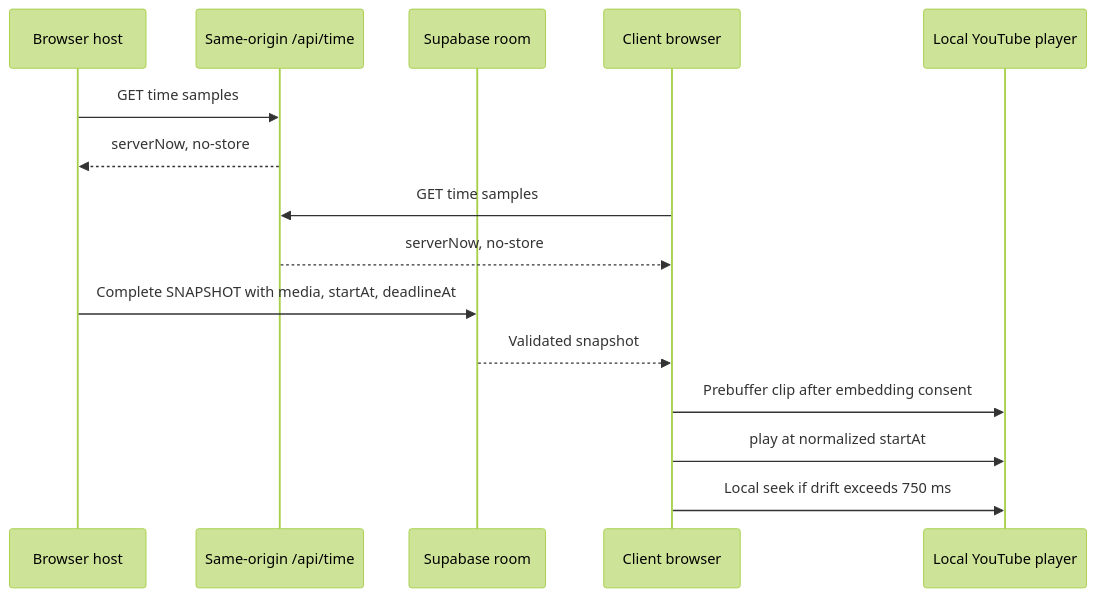
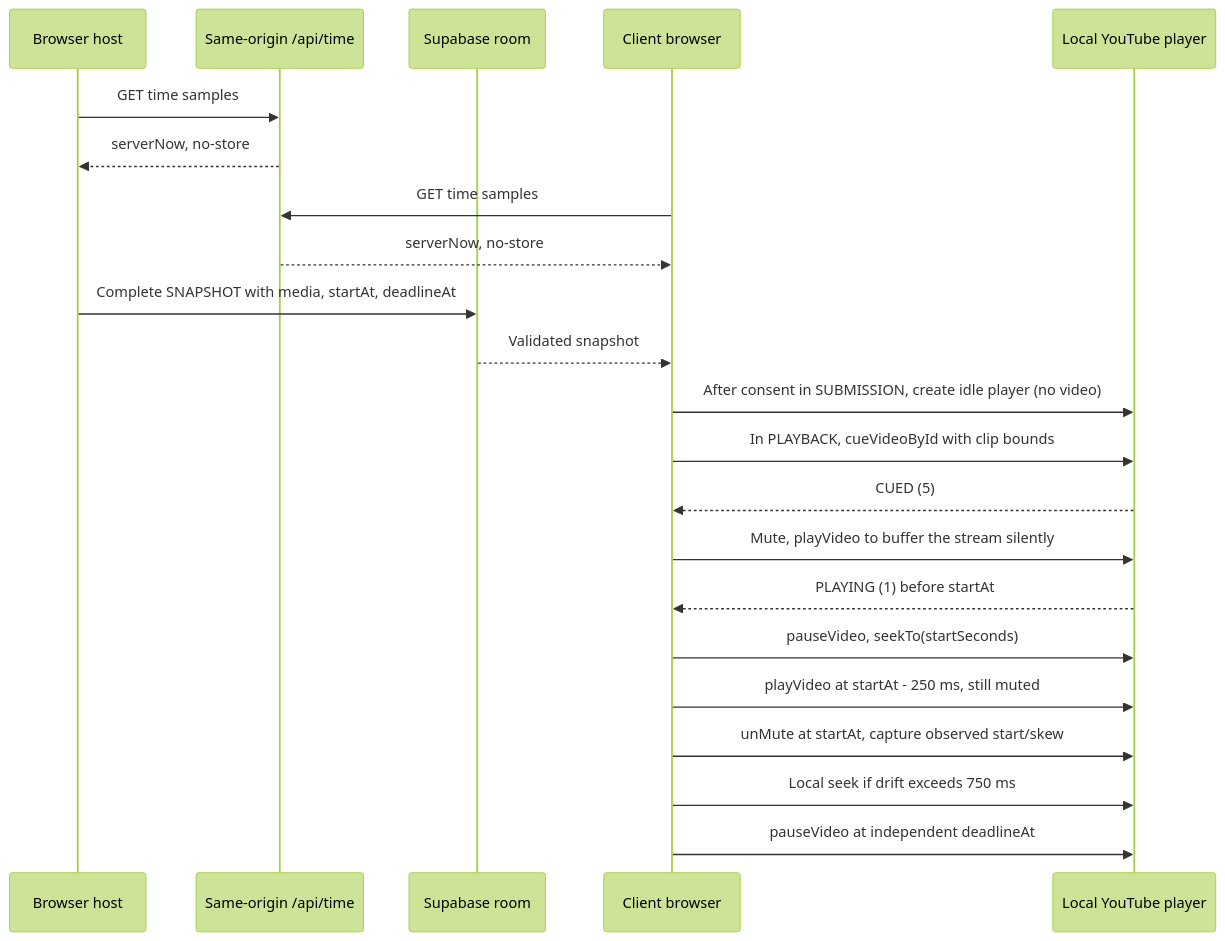
Before and after one commit to minercan42-ux/banger-roulette: the diagram in docs/ARCHITECTURE.md, drawn with Mermaid (forest theme). The commit also changed other lines of this file and 24 other files, not shown here.

First line of the commit message:
feat(player): add M4 synchronized playback with drift correction (#6)

````diff
--- a/docs/ARCHITECTURE.md
+++ b/docs/ARCHITECTURE.md
@@ -69,17 +69,24 @@
 ```mermaid
 sequenceDiagram
   participant H as Browser host
   participant T as Same-origin /api/time
   participant R as Supabase room
   participant C as Client browser
   participant Y as Local YouTube player
   H->>T: GET time samples
   T-->>H: serverNow, no-store
   C->>T: GET time samples
   T-->>C: serverNow, no-store
   H->>R: Complete SNAPSHOT with media, startAt, deadlineAt
   R-->>C: Validated snapshot
-  C->>Y: Prebuffer clip after embedding consent
-  C->>Y: play at normalized startAt
+  C->>Y: After consent in SUBMISSION, create idle player (no video)
+  C->>Y: In PLAYBACK, cueVideoById with clip bounds
+  Y-->>C: CUED (5)
+  C->>Y: Mute, playVideo to buffer the stream silently
+  Y-->>C: PLAYING (1) before startAt
+  C->>Y: pauseVideo, seekTo(startSeconds)
+  C->>Y: playVideo at startAt - 250 ms, still muted
+  C->>Y: unMute at startAt, capture observed start/skew
   C->>Y: Local seek if drift exceeds 750 ms
+  C->>Y: pauseVideo at independent deadlineAt
 ```
````
